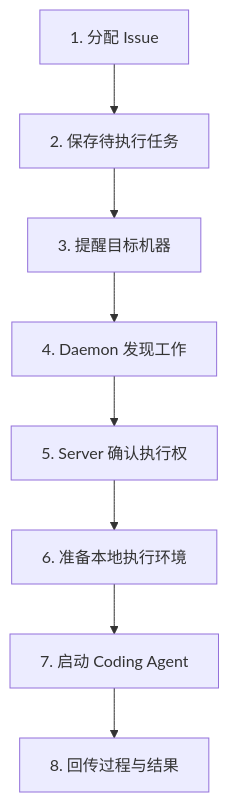
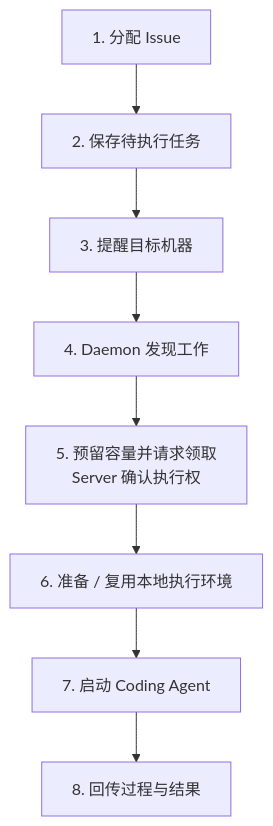
One commit to QinWeijia111/multica-learning changed the second of 5 diagrams in site/src/content/tutorials/run-lifecycle.mdx. Above: the diagram before and after it, drawn with Mermaid. The commit also changed other lines of this file and 1 other file, not shown here.

Commit message:
docs: fix run claim teaching sequence

````diff
--- a/site/src/content/tutorials/run-lifecycle.mdx
+++ b/site/src/content/tutorials/run-lifecycle.mdx
@@ -75,10 +75,10 @@
 ```mermaid
 flowchart TD
     assign["1. 分配 Issue"] --> save["2. 保存待执行任务"]
     save --> notify["3. 提醒目标机器"]
     notify --> discover["4. Daemon 发现工作"]
-    discover --> claim["5. Server 确认执行权"]
-    claim --> prepare["6. 准备本地执行环境"]
+    discover --> claim["5. 预留容量并请求领取<br/>Server 确认执行权"]
+    claim --> prepare["6. 准备 / 复用本地执行环境"]
     prepare --> launch["7. 启动 Coding Agent"]
     launch --> report["8. 回传过程与结果"]
 ```
````
